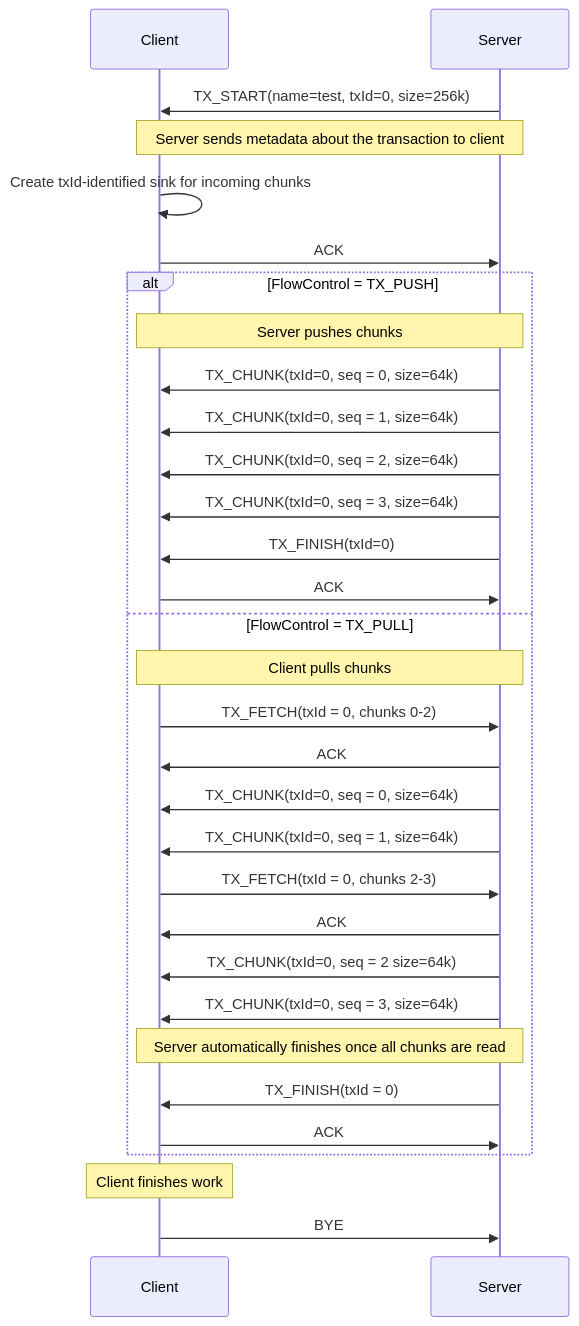
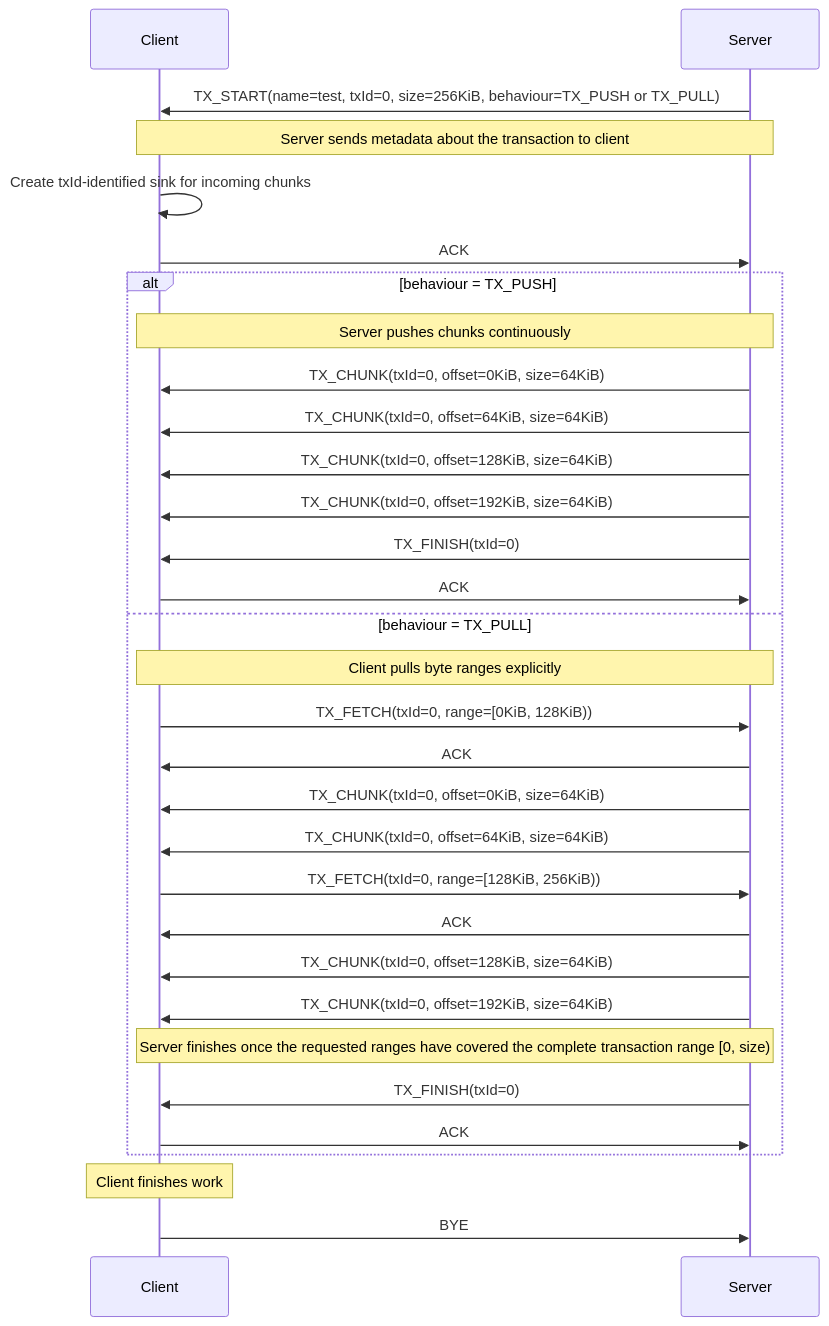
One commit to Ranchonyx/CAMP-Protocol changed the second of 2 diagrams in README.md. Above: the diagram before and after it, drawn with Mermaid. The commit also changed other lines of this file and 149 other files, not shown here.

````diff
--- a/README.md
+++ b/README.md
@@ -199,35 +239,36 @@
 ```mermaid
 sequenceDiagram
     participant Client
     participant Server
-    Server ->> Client: TX_START(name=test, txId=0, size=256k)
+    Server ->> Client: TX_START(name=test, txId=0, size=256KiB, behaviour=TX_PUSH or TX_PULL)
     Note over Server, Client: Server sends metadata about the transaction to client
     Client ->> Client: Create txId-identified sink for incoming chunks
     Client ->> Server: ACK
 
-    alt FlowControl = TX_PUSH
-        Note over Server, Client: Server pushes chunks
-        Server ->> Client: TX_CHUNK(txId=0, seq = 0, size=64k)
-        Server ->> Client: TX_CHUNK(txId=0, seq = 1, size=64k)
-        Server ->> Client: TX_CHUNK(txId=0, seq = 2, size=64k)
-        Server ->> Client: TX_CHUNK(txId=0, seq = 3, size=64k)
+    alt behaviour = TX_PUSH
+        Note over Server, Client: Server pushes chunks continuously
+        Server ->> Client: TX_CHUNK(txId=0, offset=0KiB, size=64KiB)
+        Server ->> Client: TX_CHUNK(txId=0, offset=64KiB, size=64KiB)
+        Server ->> Client: TX_CHUNK(txId=0, offset=128KiB, size=64KiB)
+        Server ->> Client: TX_CHUNK(txId=0, offset=192KiB, size=64KiB)
         Server ->> Client: TX_FINISH(txId=0)
         Client ->> Server: ACK
-    else FlowControl = TX_PULL
-        Note over Server, Client: Client pulls chunks
-        Client ->> Server: TX_FETCH(txId = 0, chunks 0-2)
+
+    else behaviour = TX_PULL
+        Note over Server, Client: Client pulls byte ranges explicitly
+        Client ->> Server: TX_FETCH(txId=0, range=[0KiB, 128KiB))
         Server ->> Client: ACK
-        Server ->> Client: TX_CHUNK(txId=0, seq = 0, size=64k)
-        Server ->> Client: TX_CHUNK(txId=0, seq = 1, size=64k)
-        Client ->> Server: TX_FETCH(txId = 0, chunks 2-3)
+        Server ->> Client: TX_CHUNK(txId=0, offset=0KiB, size=64KiB)
+        Server ->> Client: TX_CHUNK(txId=0, offset=64KiB, size=64KiB)
+        Client ->> Server: TX_FETCH(txId=0, range=[128KiB, 256KiB))
         Server ->> Client: ACK
-        Server ->> Client: TX_CHUNK(txId=0, seq = 2 size=64k)
-        Server ->> Client: TX_CHUNK(txId=0, seq = 3, size=64k)
-        Note over Server, Client: Server automatically finishes once all chunks are read
-        Server ->> Client: TX_FINISH(txId = 0)
+        Server ->> Client: TX_CHUNK(txId=0, offset=128KiB, size=64KiB)
+        Server ->> Client: TX_CHUNK(txId=0, offset=192KiB, size=64KiB)
+        Note over Server, Client: Server finishes once the requested ranges have covered the complete transaction range [0, size)
+        Server ->> Client: TX_FINISH(txId=0)
         Client ->> Server: ACK
     end
 
     Note over Client: Client finishes work
     Client ->> Server: BYE
 ```
````
